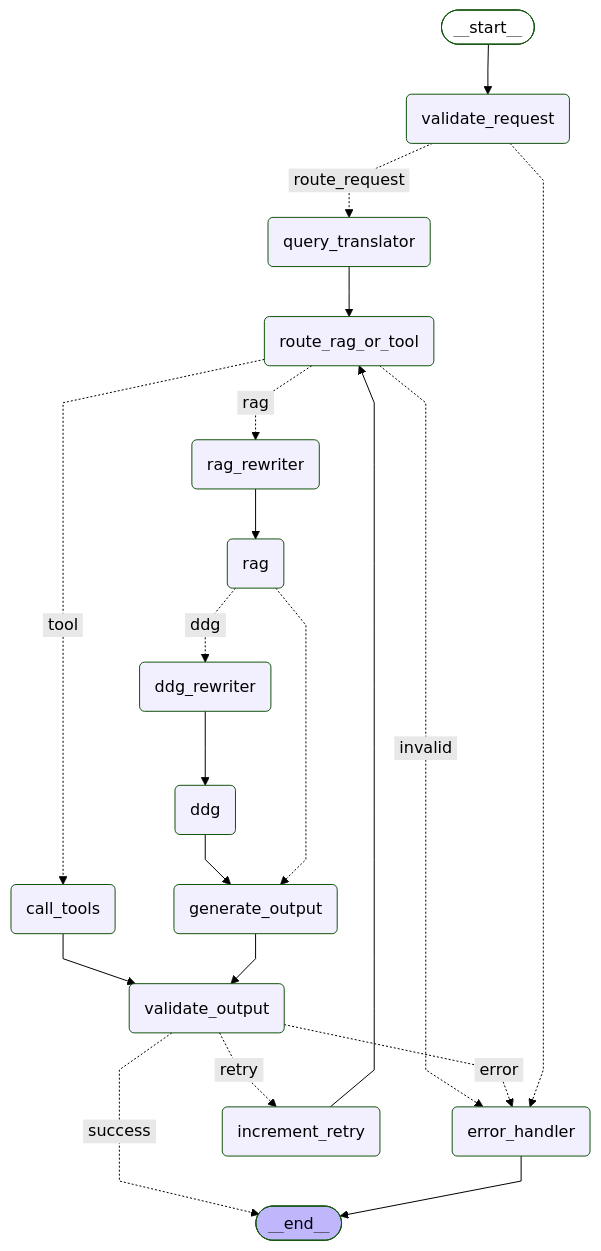
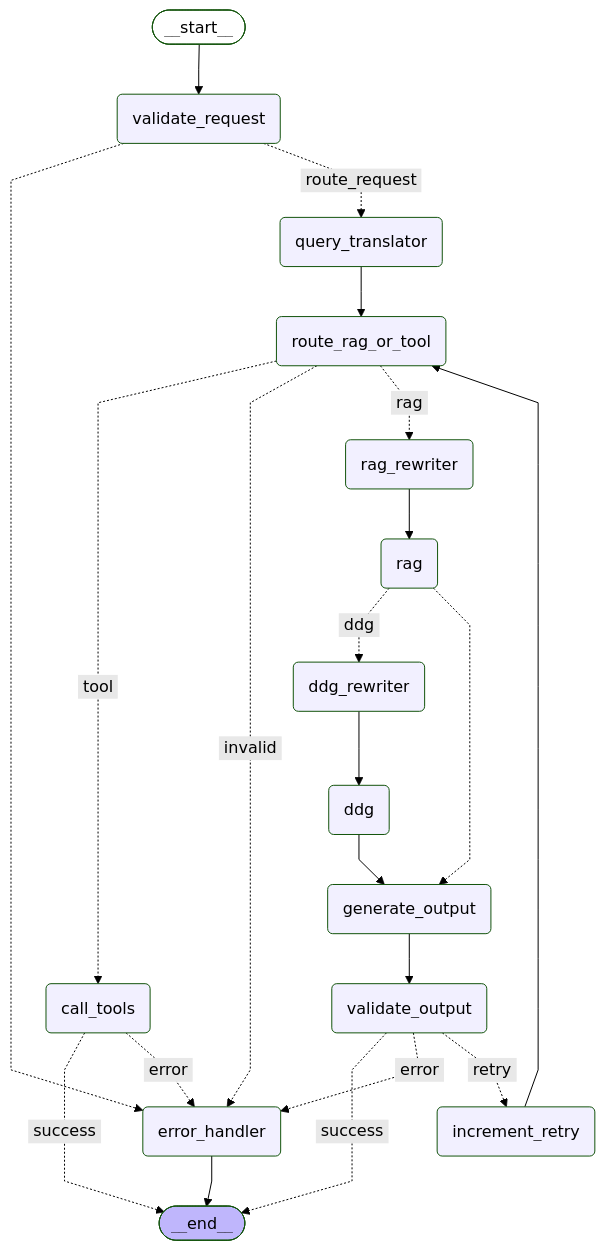
Before and after one commit to iarspider/airachnid: the diagram in README.md, drawn with Mermaid (forest theme). The commit also changed 13 other files, not shown here.

````diff
--- a/README.md
+++ b/README.md
@@ -17,46 +17,45 @@
 ```mermaid
 ---
 config:
   flowchart:
     curve: linear
 ---
 graph TD;
      __start__([<p>__start__</p>]):::first
      validate_request(validate_request)
      route_rag_or_tool(route_rag_or_tool)
      call_tools(call_tools)
      ddg_rewriter(ddg_rewriter)
      rag_rewriter(rag_rewriter)
      query_translator(query_translator)
      ddg(ddg)
      rag(rag)
      generate_output(generate_output)
      validate_output(validate_output)
      error_handler(error_handler)
      increment_retry(increment_retry)
      __end__([<p>__end__</p>]):::last
      __start__ --> validate_request;
-     call_tools --> validate_output;
+     call_tools -. &nbsp;success&nbsp; .-> __end__;
+     call_tools -. &nbsp;error&nbsp; .-> error_handler;
      ddg --> generate_output;
      ddg_rewriter --> ddg;
      generate_output --> validate_output;
      increment_retry --> route_rag_or_tool;
      query_translator --> route_rag_or_tool;
      rag -. &nbsp;ddg&nbsp; .-> ddg_rewriter;
      rag -.-> generate_output;
      rag_rewriter --> rag;
      route_rag_or_tool -. &nbsp;tool&nbsp; .-> call_tools;
      route_rag_or_tool -. &nbsp;invalid&nbsp; .-> error_handler;
      route_rag_or_tool -. &nbsp;rag&nbsp; .-> rag_rewriter;
      validate_output -. &nbsp;success&nbsp; .-> __end__;
      validate_output -. &nbsp;error&nbsp; .-> error_handler;
      validate_output -. &nbsp;retry&nbsp; .-> increment_retry;
      validate_request -.-> error_handler;
      validate_request -. &nbsp;route_request&nbsp; .-> query_translator;
      error_handler --> __end__;
      classDef default fill:#f2f0ff,line-height:1.2
      classDef first fill-opacity:0
      classDef last fill:#bfb6fc
-
-
 ```
````
